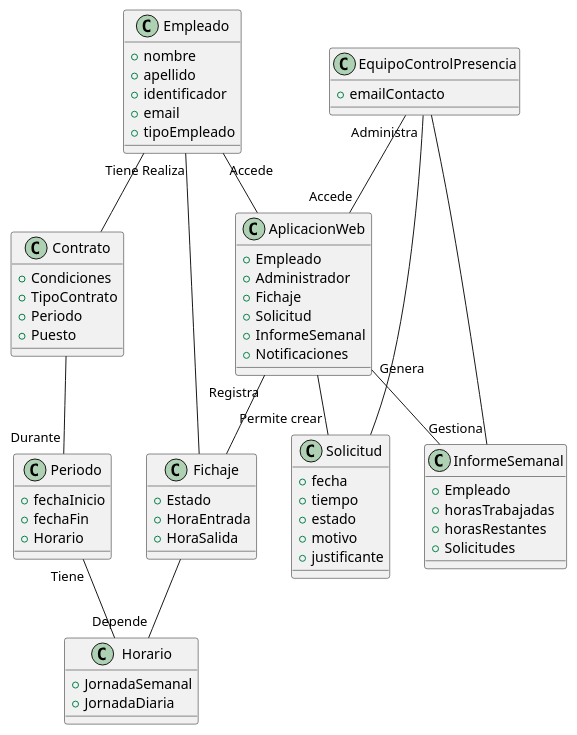
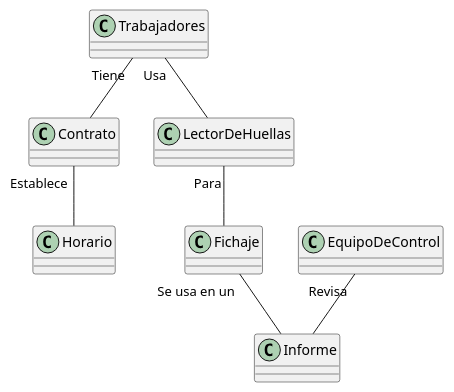
Before and after one commit to mmasias/23-24-IdSw1-SDR: the diagram in modelosUML/modeloDelDominio.puml, drawn with PlantUML. The commit also changed 13 other files, not shown here.

```diff
--- a/modelosUML/modeloDelDominio.puml
+++ b/modelosUML/modeloDelDominio.puml
@@ -1,76 +1,38 @@
 @startuml
 
-class Empleado {
-    + nombre
-    + apellido
-    + identificador
-    + email
-    + tipoEmpleado
+class Contrato {
+
 }
 
-class EquipoControlPresencia {
-    + emailContacto
+class Horario {
+
+}
+
+class Trabajadores {
+
+}
+
+class LectorDeHuellas {
+
 }
 
 class Fichaje {
-    + Estado
-    + HoraEntrada
-    + HoraSalida
+
 }
 
-class AplicacionWeb {
-    + Empleado
-    + Administrador
-    + Fichaje
-    + Solicitud
-    + InformeSemanal
-    + Notificaciones
+class Informe {
+
 }
 
-class Periodo {
-    + fechaInicio
-    + fechaFin
-    + Horario
+class EquipoDeControl {
+
 }
 
-class Horario {
-    + JornadaSemanal
-    + JornadaDiaria
-}
-
-class Contrato {
-    + Condiciones
-    + TipoContrato
-    + Periodo
-    + Puesto
-}
-
-class InformeSemanal {
-    + Empleado
-    + horasTrabajadas
-    + horasRestantes
-    + Solicitudes
-}
-
-class Solicitud {
-    + fecha
-    + tiempo
-    + estado
-    + motivo
-    + justificante
-}
-
-Empleado "Tiene" --  Contrato
-Empleado "Realiza" --  Fichaje
-Empleado "Accede" --  AplicacionWeb
-AplicacionWeb  -- "Permite crear" Solicitud
-AplicacionWeb "Genera" --  InformeSemanal
-AplicacionWeb "Registra"--  Fichaje
-Fichaje -- "Depende" Horario
-Contrato -- "Durante" Periodo
-Periodo "Tiene" --  Horario
-EquipoControlPresencia "Administra" --  Solicitud
-EquipoControlPresencia -- "Accede" AplicacionWeb
-EquipoControlPresencia -- "Gestiona" InformeSemanal
+Contrato "Establece" -- Horario
+Trabajadores "Tiene" --  Contrato
+Trabajadores "Usa" -- LectorDeHuellas
+LectorDeHuellas "Para" -- Fichaje
+Fichaje "Se usa en un" -- Informe
+EquipoDeControl "Revisa" -- Informe
 
 @enduml
```
